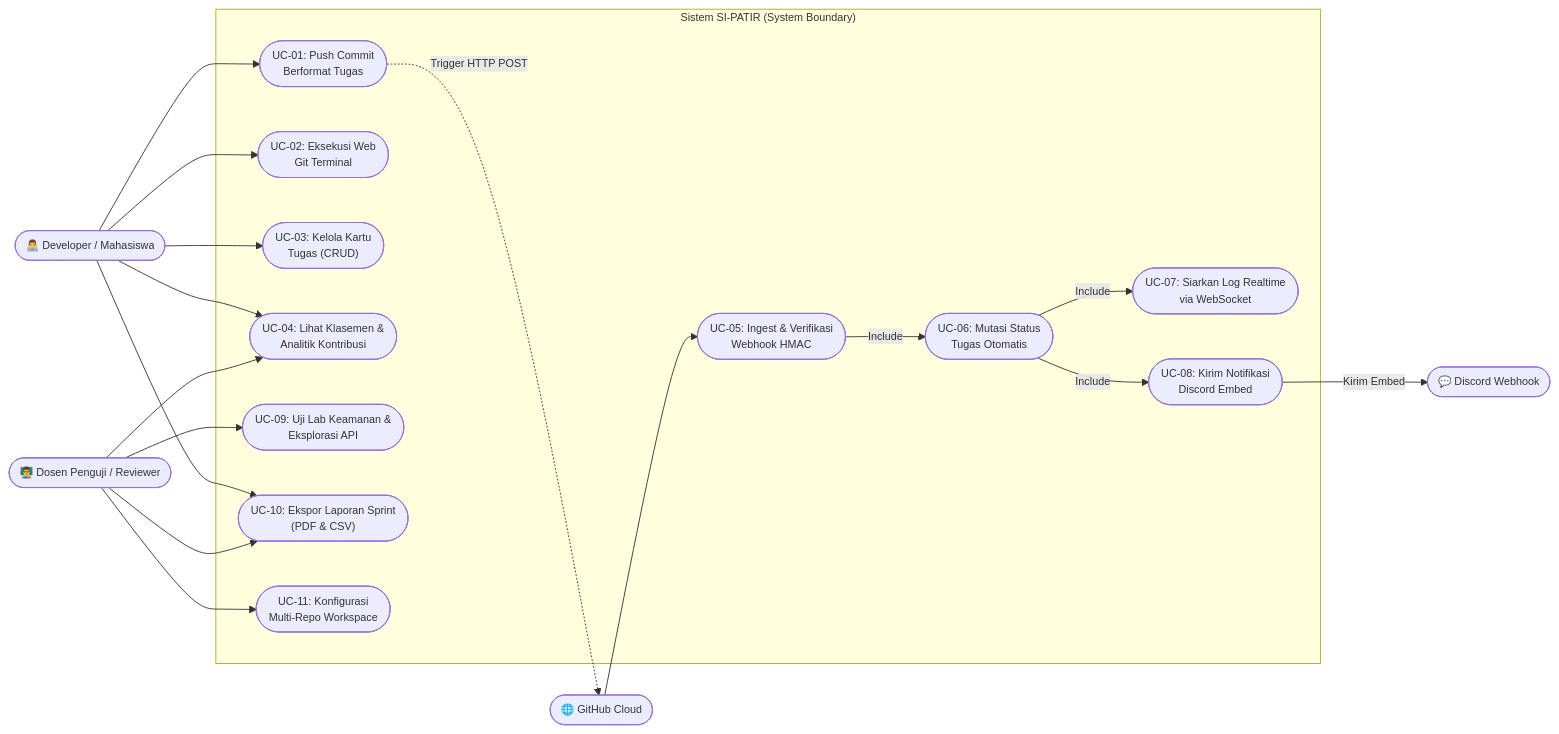
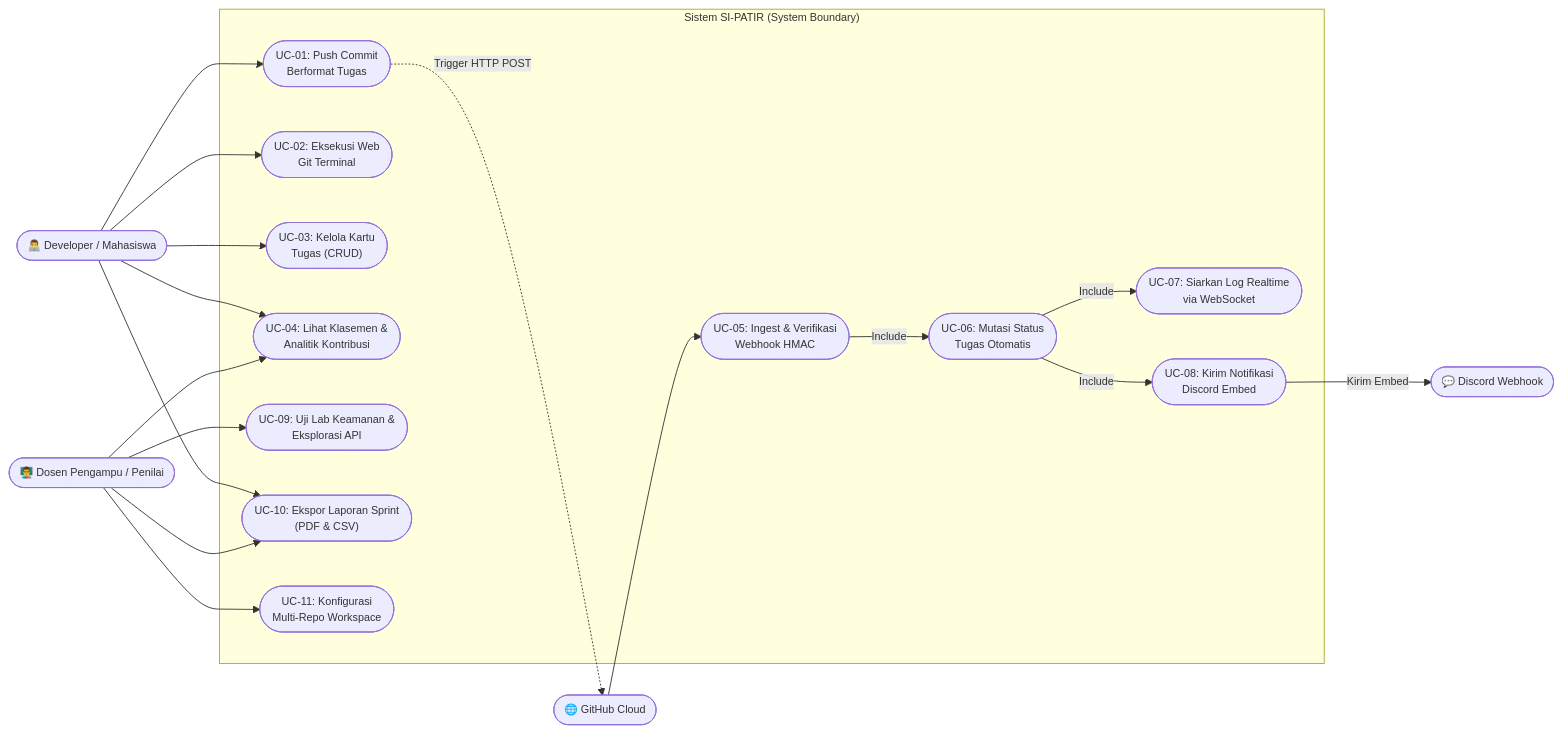
Before and after one commit to denoyey/si-patir: the first of 6 diagrams in docs/academic/DIAGRAM-ARSITEKTUR-UML.md, drawn with Mermaid. The commit also changed other lines of this file and 4 other files, not shown here.

````diff
--- a/docs/academic/DIAGRAM-ARSITEKTUR-UML.md
+++ b/docs/academic/DIAGRAM-ARSITEKTUR-UML.md
@@ -29,46 +29,46 @@
 ```mermaid
 %%{init: {'theme': 'default', 'themeVariables': { 'fontSize': '12px' }}}%%
 flowchart LR
     %% Actors
     dev(["👨‍💻 Developer / Mahasiswa"])
-    lecturer(["👨‍🏫 Dosen Penguji / Reviewer"])
+    lecturer(["👨‍🏫 Dosen Pengampu / Penilai"])
     github(["🌐 GitHub Cloud"])
     discord(["💬 Discord Webhook"])
 
     subgraph SIPATIR ["Sistem SI-PATIR (System Boundary)"]
         UC1(["UC-01: Push Commit<br/>Berformat Tugas"])
         UC2(["UC-02: Eksekusi Web<br/>Git Terminal"])
         UC3(["UC-03: Kelola Kartu<br/>Tugas (CRUD)"])
         UC4(["UC-04: Lihat Klasemen &<br/>Analitik Kontribusi"])
         UC5(["UC-05: Ingest & Verifikasi<br/>Webhook HMAC"])
         UC6(["UC-06: Mutasi Status<br/>Tugas Otomatis"])
         UC7(["UC-07: Siarkan Log Realtime<br/>via WebSocket"])
         UC8(["UC-08: Kirim Notifikasi<br/>Discord Embed"])
         UC9(["UC-09: Uji Lab Keamanan &<br/>Eksplorasi API"])
         UC10(["UC-10: Ekspor Laporan Sprint<br/>(PDF & CSV)"])
         UC11(["UC-11: Konfigurasi<br/>Multi-Repo Workspace"])
     end
 
     %% Developer Relations
     dev --> UC1
     dev --> UC2
     dev --> UC3
     dev --> UC4
     dev --> UC10
 
     %% GitHub Relations
     UC1 -.->|Trigger HTTP POST| github
     github --> UC5
 
     %% Internal System Relations
     UC5 -->|Include| UC6
     UC6 -->|Include| UC7
     UC6 -->|Include| UC8
     UC8 -->|Kirim Embed| discord
 
     %% Lecturer / Reviewer Relations
     lecturer --> UC4
     lecturer --> UC9
     lecturer --> UC10
     lecturer --> UC11
 ```
````
